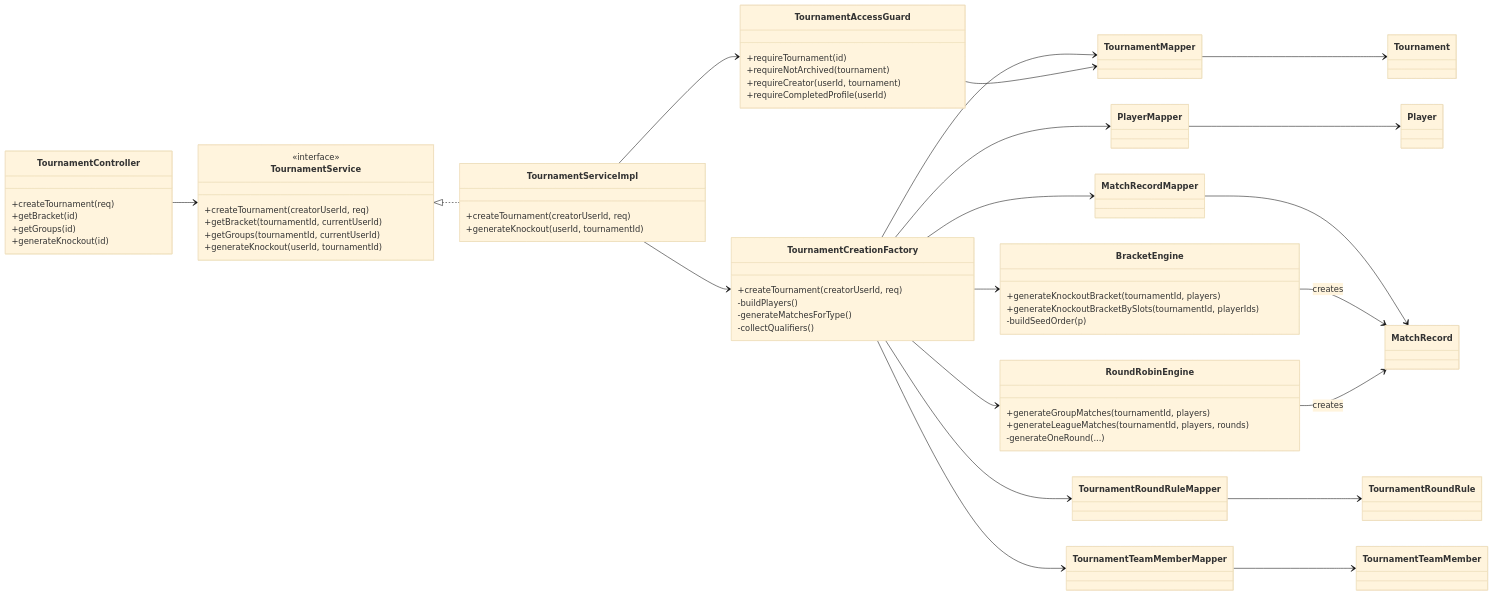
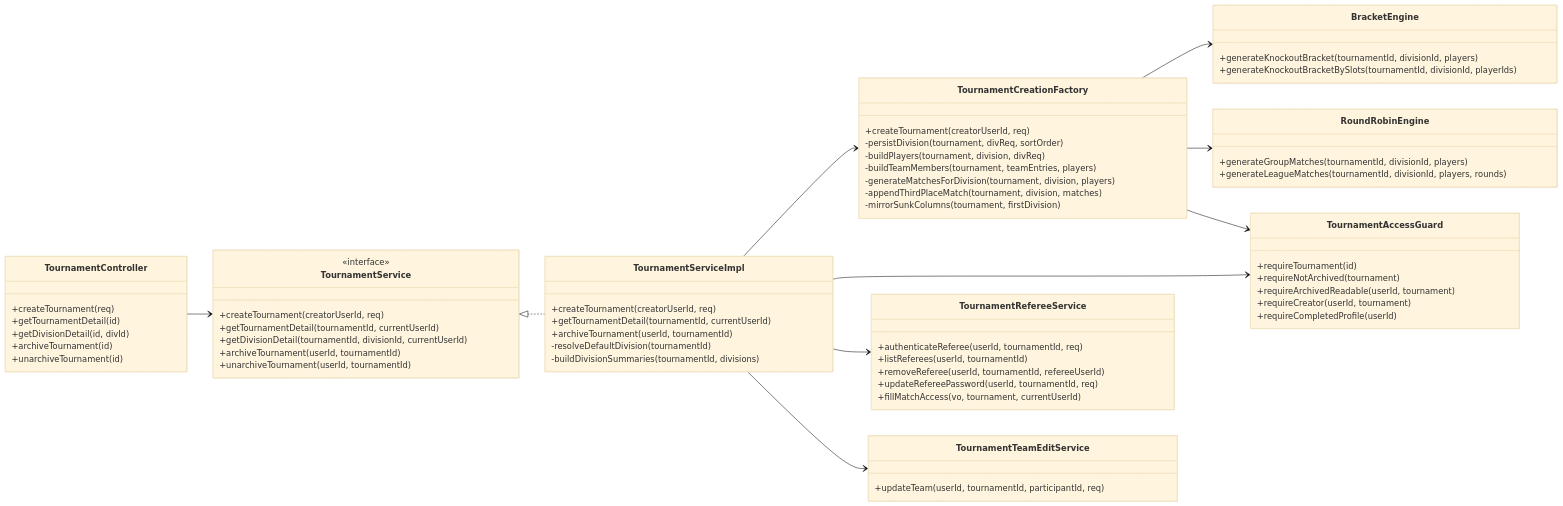
One commit to lijingyuu/Scoring changed the second of 10 diagrams in docs/类图.md. Above: the diagram before and after it, drawn with Mermaid (base theme). The commit also changed other lines of this file and 34 other files, not shown here.

First line of the commit message:
fix(review): 全链路审查缺陷修复与领域类图架构治理

````diff
--- a/docs/类图.md
+++ b/docs/类图.md
@@ -199,81 +290,79 @@
 ```mermaid
 classDiagram
 direction LR
 
 class TournamentController {
   +createTournament(req)
-  +getBracket(id)
-  +getGroups(id)
-  +generateKnockout(id)
+  +getTournamentDetail(id)
+  +getDivisionDetail(id, divId)
+  +archiveTournament(id)
+  +unarchiveTournament(id)
 }
 
 class TournamentService {
   <<interface>>
   +createTournament(creatorUserId, req)
-  +getBracket(tournamentId, currentUserId)
-  +getGroups(tournamentId, currentUserId)
-  +generateKnockout(userId, tournamentId)
+  +getTournamentDetail(tournamentId, currentUserId)
+  +getDivisionDetail(tournamentId, divisionId, currentUserId)
+  +archiveTournament(userId, tournamentId)
+  +unarchiveTournament(userId, tournamentId)
 }
 
 class TournamentServiceImpl {
   +createTournament(creatorUserId, req)
-  +generateKnockout(userId, tournamentId)
+  +getTournamentDetail(tournamentId, currentUserId)
+  +archiveTournament(userId, tournamentId)
+  -resolveDefaultDivision(tournamentId)
+  -buildDivisionSummaries(tournamentId, divisions)
 }
 
 class TournamentCreationFactory {
   +createTournament(creatorUserId, req)
-  -buildPlayers()
-  -generateMatchesForType()
-  -collectQualifiers()
+  -persistDivision(tournament, divReq, sortOrder)
+  -buildPlayers(tournament, division, divReq)
+  -buildTeamMembers(tournament, teamEntries, players)
+  -generateMatchesForDivision(tournament, division, players)
+  -appendThirdPlaceMatch(tournament, division, matches)
+  -mirrorSunkColumns(tournament, firstDivision)
 }
 
 class TournamentAccessGuard {
   +requireTournament(id)
   +requireNotArchived(tournament)
+  +requireArchivedReadable(userId, tournament)
   +requireCreator(userId, tournament)
   +requireCompletedProfile(userId)
 }
 
 class BracketEngine {
-  +generateKnockoutBracket(tournamentId, players)
-  +generateKnockoutBracketBySlots(tournamentId, playerIds)
-  -buildSeedOrder(p)
+  +generateKnockoutBracket(tournamentId, divisionId, players)
+  +generateKnockoutBracketBySlots(tournamentId, divisionId, playerIds)
 }
 
 class RoundRobinEngine {
-  +generateGroupMatches(tournamentId, players)
-  +generateLeagueMatches(tournamentId, players, rounds)
-  -generateOneRound(...)
+  +generateGroupMatches(tournamentId, divisionId, players)
+  +generateLeagueMatches(tournamentId, divisionId, players, rounds)
 }
 
-class TournamentMapper
-class PlayerMapper
-class MatchRecordMapper
-class TournamentRoundRuleMapper
-class TournamentTeamMemberMapper
-class Tournament
-class Player
-class MatchRecord
-class TournamentRoundRule
-class TournamentTeamMember
+class TournamentTeamEditService {
+  +updateTeam(userId, tournamentId, participantId, req)
+}
+
+class TournamentRefereeService {
+  +authenticateReferee(userId, tournamentId, req)
+  +listReferees(userId, tournamentId)
+  +removeReferee(userId, tournamentId, refereeUserId)
+  +updateRefereePassword(userId, tournamentId, req)
+  +fillMatchAccess(vo, tournament, currentUserId)
+}
 
 TournamentController --> TournamentService
 TournamentService <|.. TournamentServiceImpl
 TournamentServiceImpl --> TournamentCreationFactory
 TournamentServiceImpl --> TournamentAccessGuard
-TournamentCreationFactory --> TournamentMapper
-TournamentCreationFactory --> PlayerMapper
-TournamentCreationFactory --> MatchRecordMapper
-TournamentCreationFactory --> TournamentRoundRuleMapper
-TournamentCreationFactory --> TournamentTeamMemberMapper
+TournamentServiceImpl --> TournamentRefereeService
+TournamentServiceImpl --> TournamentTeamEditService
 TournamentCreationFactory --> BracketEngine
 TournamentCreationFactory --> RoundRobinEngine
-TournamentAccessGuard --> TournamentMapper
-TournamentMapper --> Tournament
-PlayerMapper --> Player
-MatchRecordMapper --> MatchRecord
-TournamentRoundRuleMapper --> TournamentRoundRule
-TournamentTeamMemberMapper --> TournamentTeamMember
-BracketEngine --> MatchRecord : creates
-RoundRobinEngine --> MatchRecord : creates
+TournamentCreationFactory --> TournamentAccessGuard
 ```
````
